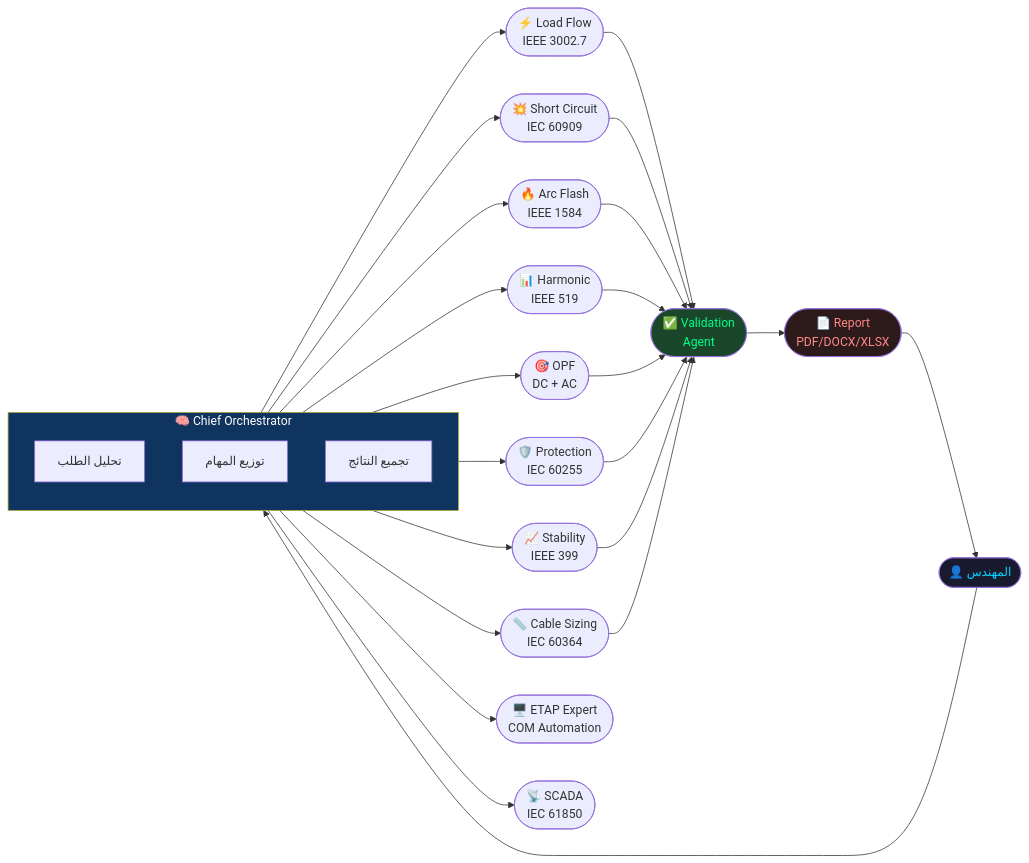
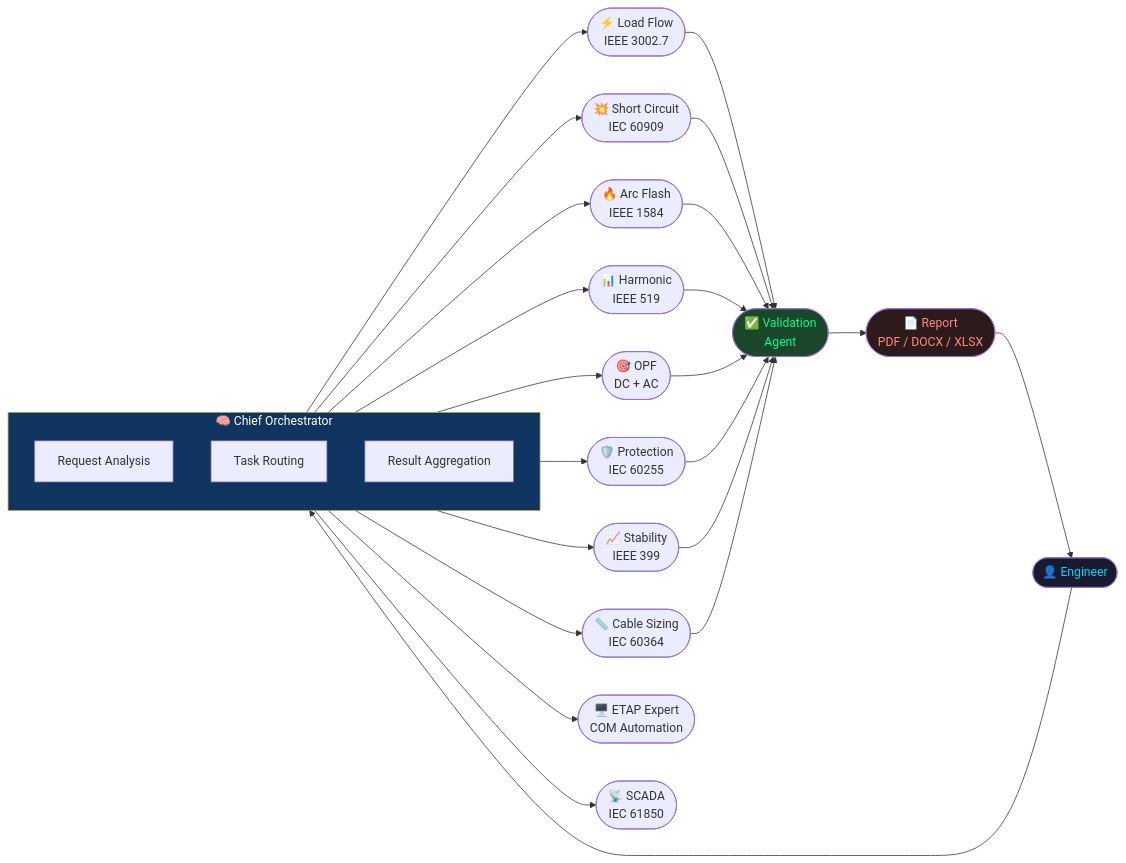
The second of 3 diagrams in README.md (ahmdelbaz28-ux/ETAP-AI-WORK-), drawn with Mermaid before and after one commit. The commit also changed other lines of this file and 2 other files, not shown here.

````diff
--- a/README.md
+++ b/README.md
@@ -376,32 +355,32 @@
 ```mermaid
 flowchart LR
-    USER([👤 المهندس]) --> ORCH
+    USER([👤 Engineer]) --> ORCH
 
     subgraph ORCH["🧠 Chief Orchestrator"]
         direction TB
-        PARSE[تحليل الطلب]
-        ROUTE[توزيع المهام]
-        AGG[تجميع النتائج]
+        PARSE[Request Analysis]
+        ROUTE[Task Routing]
+        AGG[Result Aggregation]
     end
 
     ORCH --> LF([⚡ Load Flow\nIEEE 3002.7])
     ORCH --> SC([💥 Short Circuit\nIEC 60909])
     ORCH --> ARC([🔥 Arc Flash\nIEEE 1584])
     ORCH --> HARM([📊 Harmonic\nIEEE 519])
     ORCH --> OPF([🎯 OPF\nDC + AC])
     ORCH --> PROT([🛡️ Protection\nIEC 60255])
     ORCH --> STAB([📈 Stability\nIEEE 399])
     ORCH --> CABLE([📏 Cable Sizing\nIEC 60364])
     ORCH --> ETAP_E([🖥️ ETAP Expert\nCOM Automation])
-    ORCH --> SCADA([📡 SCADA\nIEC 61850])
+    ORCH --> SCADA_A([📡 SCADA\nIEC 61850])
 
     LF & SC & ARC & HARM --> VAL([✅ Validation\nAgent])
     OPF & PROT & STAB & CABLE --> VAL
-    VAL --> REP([📄 Report\nPDF/DOCX/XLSX])
+    VAL --> REP([📄 Report\nPDF / DOCX / XLSX])
     REP --> USER
 
     style ORCH fill:#0f3460,color:#fff
     style USER fill:#1a1a2e,color:#00d4ff
     style VAL fill:#1a472a,color:#00ff88
     style REP fill:#2d1a1a,color:#ff8888
 ```
````
